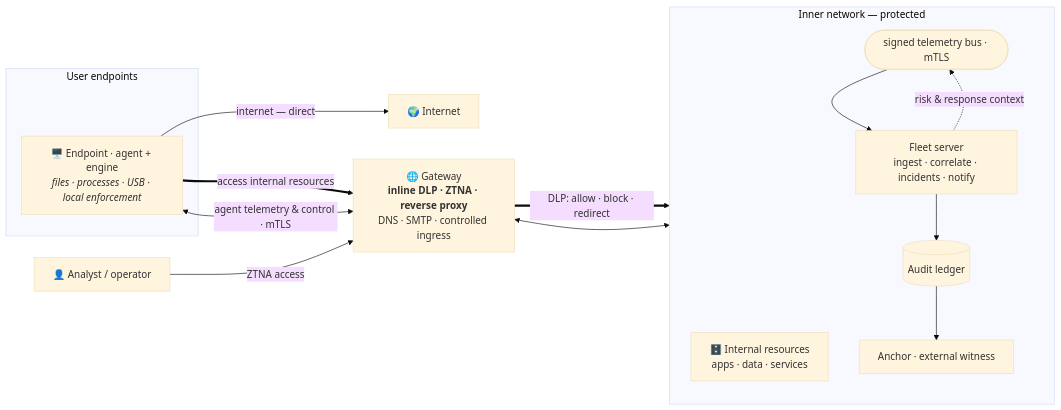
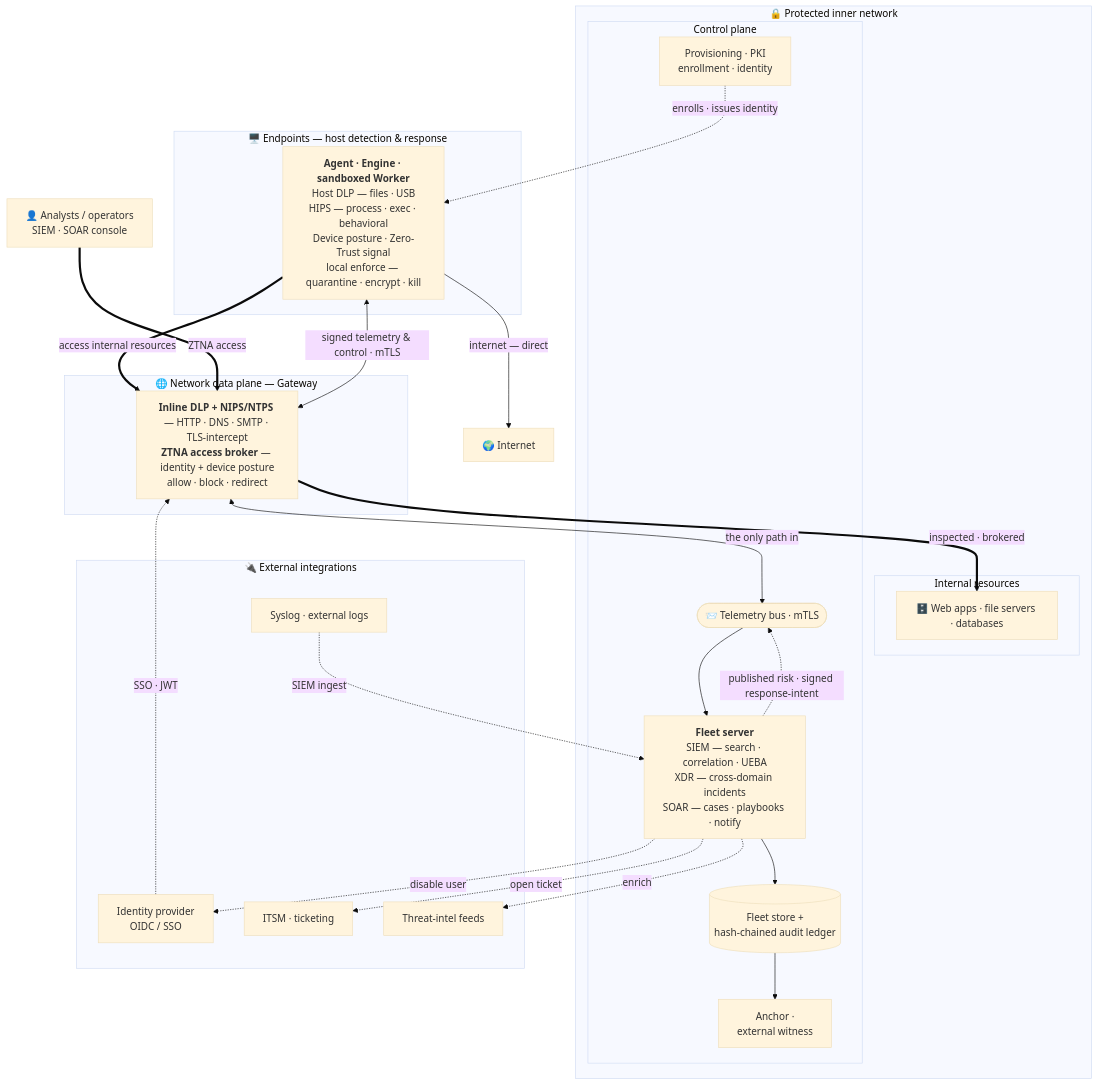
The second of 2 diagrams in README.md (lucianoengel/openshield), drawn with Mermaid (base theme) before and after one commit. The commit also changed other lines of this file, not shown here.

Commit message:
docs(readme): full three-tier platform topology
The topology only showed the inline-DLP slice. Rebuild it to map the
whole platform: HOST tier (file DLP, HIPS process control, device
posture, local enforcement), NETWORK gateway (inline DLP as NIPS across
HTTP/DNS/SMTP + ZTNA brokering), the protected inner network (internal
apps/file-servers/databases reached through the gateway), and the CONTROL
plane (SIEM correlation, XDR cross-domain incidents, SOAR response,
hash-chained ledger + anchor, PKI). Adds the coordinated-response
feedback loop (published risk + signed response-intent) and external
integrations (OIDC/SSO, ITSM, threat-intel, syslog ingest).

Claude-Session: https://claude.ai/code/session_01Gje3Gh3QBxvn862Z6gHi7Q

````diff
--- a/README.md
+++ b/README.md
@@ -121,31 +122,57 @@
 ```mermaid
-flowchart LR
-  NET["🌍 Internet"]
+flowchart TB
+  INET["🌍 Internet"]
 
-  subgraph EDGE["User endpoints"]
-    EP["🖥️ Endpoint · agent + engine<br/><i>files · processes · USB · local enforcement</i>"]
+  subgraph EP["🖥️ Endpoints — host detection &amp; response"]
+    HOST["<b>Agent · Engine · sandboxed Worker</b><br/>Host DLP — files · USB<br/>HIPS — process · exec · behavioral<br/>Device posture · Zero-Trust signal<br/>local enforce — quarantine · encrypt · kill"]
   end
 
-  GW["🌐 Gateway<br/><b>inline DLP · ZTNA · reverse proxy</b><br/>DNS · SMTP · controlled ingress"]
-
-  subgraph INNER["Inner network — protected"]
-    direction TB
-    APPS["🗄️ Internal resources<br/>apps · data · services"]
-    SRV["Fleet server<br/>ingest · correlate · incidents · notify"]
-    BUS(["signed telemetry bus · mTLS"])
-    LEDGER[("Audit ledger")]
-    ANC["Anchor · external witness"]
+  subgraph NETP["🌐 Network data plane — Gateway"]
+    GW["<b>Inline DLP + NIPS/NTPS</b> — HTTP · DNS · SMTP · TLS-intercept<br/><b>ZTNA access broker</b> — identity + device posture<br/>allow · block · redirect"]
   end
 
-  OP["👤 Analyst / operator"]
+  subgraph INNER["🔒 Protected inner network"]
+    subgraph RES["Internal resources"]
+      APPS["🗄️ Web apps · file servers · databases"]
+    end
+    subgraph CP["Control plane"]
+      BUS(["📨 Telemetry bus · mTLS"])
+      SRV["<b>Fleet server</b><br/>SIEM — search · correlation · UEBA<br/>XDR — cross-domain incidents<br/>SOAR — cases · playbooks · notify"]
+      LED[("Fleet store +<br/>hash-chained audit ledger")]
+      PKI["Provisioning · PKI<br/>enrollment · identity"]
+      ANC["Anchor ·<br/>external witness"]
+    end
+  end
 
-  EP -->|"internet — direct"| NET
-  EP ==>|"access internal resources"| GW
-  GW ==>|"DLP: allow · block · redirect"| APPS
-  EP <-->|"agent telemetry &amp; control · mTLS"| GW
-  OP -->|"ZTNA access"| GW
-  GW <--> BUS
+  OPS["👤 Analysts / operators<br/>SIEM · SOAR console"]
+
+  subgraph EXT["🔌 External integrations"]
+    IDP["Identity provider<br/>OIDC / SSO"]
+    ITSM["ITSM · ticketing"]
+    TI["Threat-intel feeds"]
+    LOGS["Syslog · external logs"]
+  end
+
+  %% data plane — user access
+  HOST -->|"internet — direct"| INET
+  HOST ==>|"access internal resources"| GW
+  GW ==>|"inspected · brokered"| APPS
+  OPS ==>|"ZTNA access"| GW
+
+  %% management plane — telemetry into the inner network
+  HOST <-->|"signed telemetry &amp; control · mTLS"| GW
+  GW <-->|"the only path in"| BUS
   BUS --> SRV
-  SRV --> LEDGER --> ANC
-  SRV -.->|"risk &amp; response context"| BUS
+  SRV --> LED --> ANC
+
+  %% identity / zero trust
+  PKI -.->|"enrolls · issues identity"| HOST
+  IDP -.->|"SSO · JWT"| GW
+  LOGS -.->|"SIEM ingest"| SRV
+
+  %% coordinated response — XDR / SOAR feedback
+  SRV -.->|"published risk · signed response-intent"| BUS
+  SRV -.->|"enrich"| TI
+  SRV -.->|"disable user"| IDP
+  SRV -.->|"open ticket"| ITSM
 ```
````
